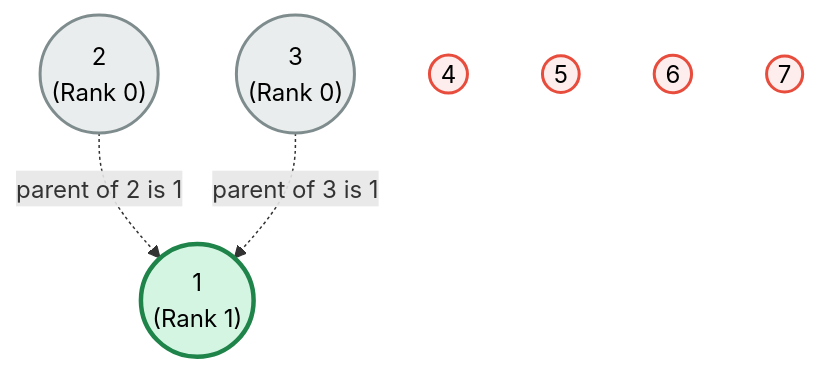
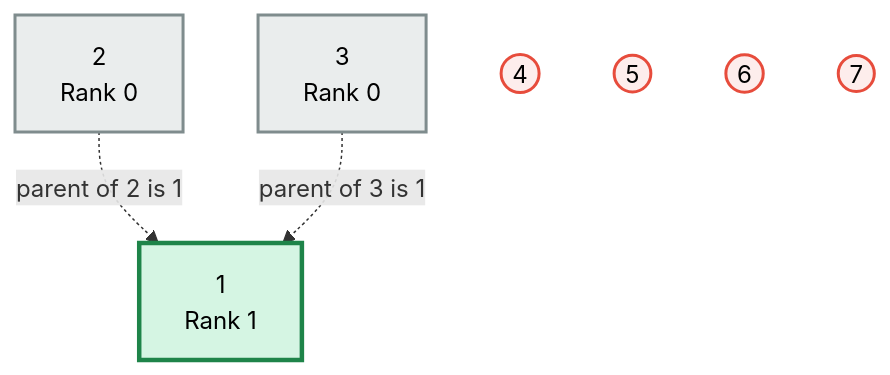
Before and after one commit to muntasir24/DSA_Practice: diagram 13 of 36 in Graph/DSU_README.md, drawn with Mermaid. The commit also changed other lines of this file, not shown here.

````diff
--- a/Graph/DSU_README.md
+++ b/Graph/DSU_README.md
@@ -489,21 +489,21 @@
 ```mermaid
 graph TD
     %% Connected Component
-    1(("1<br>(Rank 1)")):::boss
-    2(("2<br>(Rank 0)")):::child
-    3(("3<br>(Rank 0)")):::child
+    1["1<br>Rank 1"]:::boss
+    2["2<br>Rank 0"]:::child
+    3["3<br>Rank 0"]:::child
     
     2 -. "parent of 2 is 1" .-> 1
     3 -. "parent of 3 is 1" .-> 1
 
     %% Isolated Nodes
     4((4)):::alone
     5((5)):::alone
     6((6)):::alone
     7((7)):::alone
 
     %% Styling
     classDef boss fill:#D5F5E3,stroke:#1E8449,stroke-width:3px,color:#000000;
     classDef child fill:#EAEDED,stroke:#7F8C8D,stroke-width:2px,color:#000000;
     classDef alone fill:#FDEDEC,stroke:#E74C3C,stroke-width:2px,color:#000000;
 ```
````
